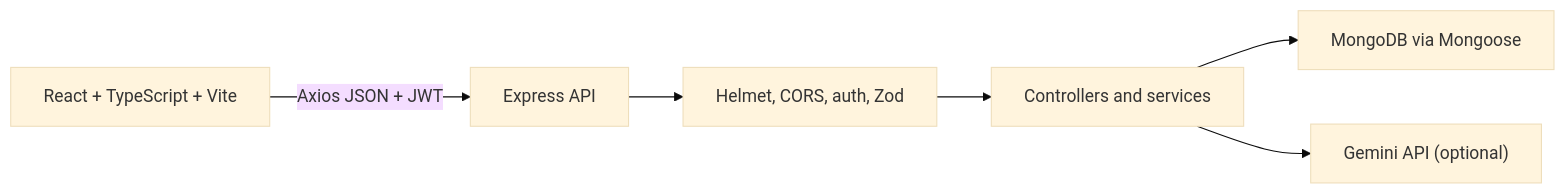
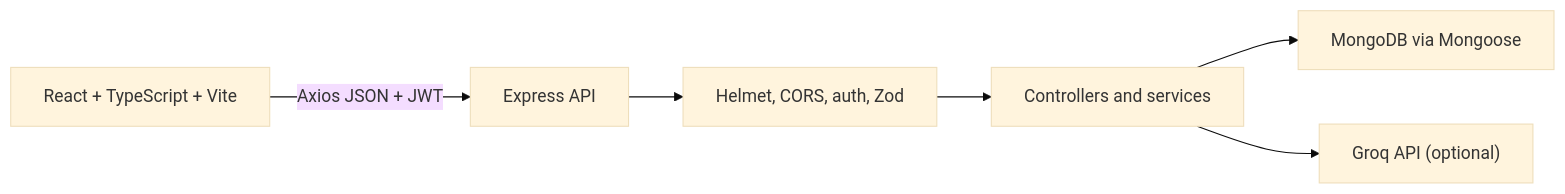
One commit to yashjethva01/spendwise changed the diagram in docs/SYSTEM_DESIGN.md. Above: the diagram before and after it, drawn with Mermaid (base theme). The commit also changed other lines of this file and 9 other files, not shown here.

````diff
--- a/docs/SYSTEM_DESIGN.md
+++ b/docs/SYSTEM_DESIGN.md
@@ -11,8 +11,8 @@
 ```mermaid
 flowchart LR
   Browser["React + TypeScript + Vite"] -->|Axios JSON + JWT| API["Express API"]
   API --> Middleware["Helmet, CORS, auth, Zod"]
   Middleware --> Services["Controllers and services"]
   Services --> Mongo["MongoDB via Mongoose"]
-  Services --> Gemini["Gemini API (optional)"]
+  Services --> Groq["Groq API (optional)"]
 ```
````
